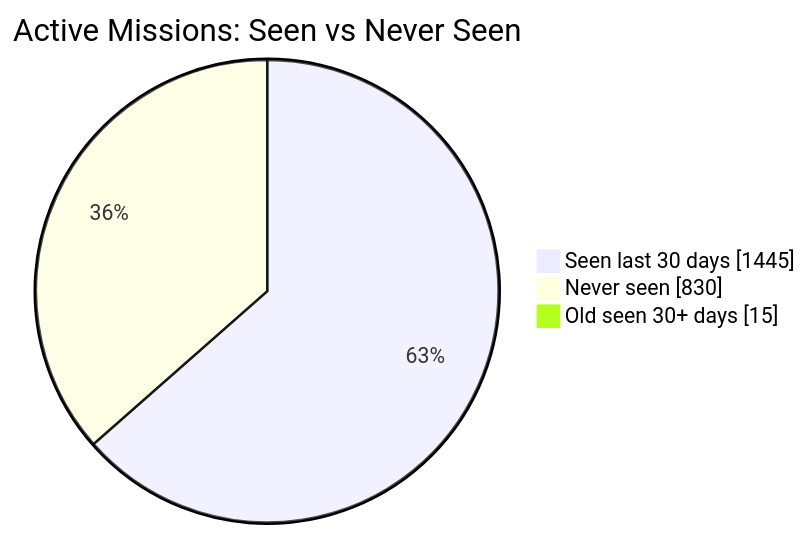
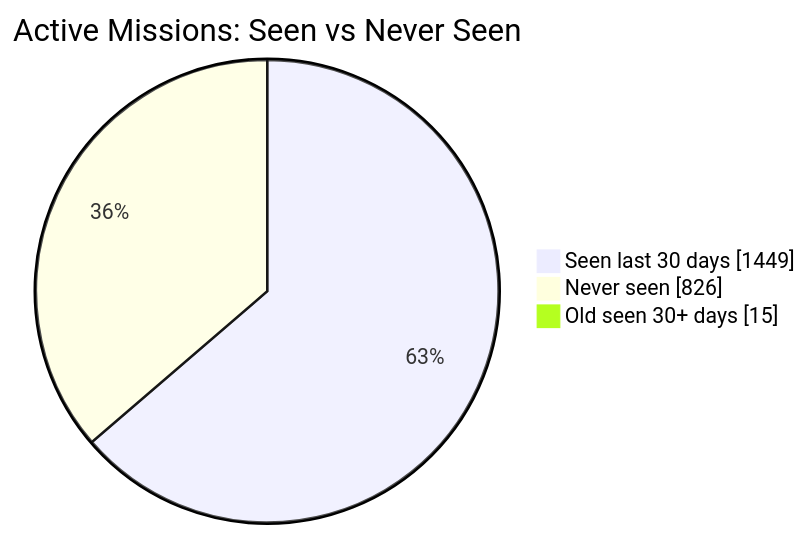
The first of 2 diagrams in README.md (MeldkamerspelGameTeam/active-missions), drawn with Mermaid before and after one commit. The commit also changed other lines of this file and 2 other files, not shown here.

````diff
--- a/README.md
+++ b/README.md
@@ -34,7 +34,7 @@
 ```mermaid
 pie showData
     title Active Missions: Seen vs Never Seen
-    "Seen last 30 days" : 1445
-    "Never seen" : 830
+    "Seen last 30 days" : 1449
+    "Never seen" : 826
     "Old seen 30+ days" : 15
 ```
````
